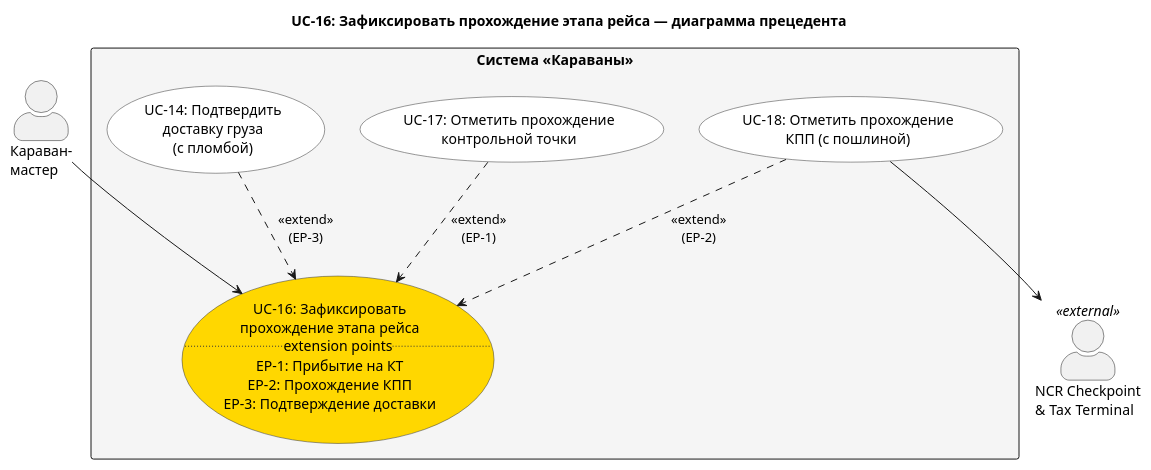
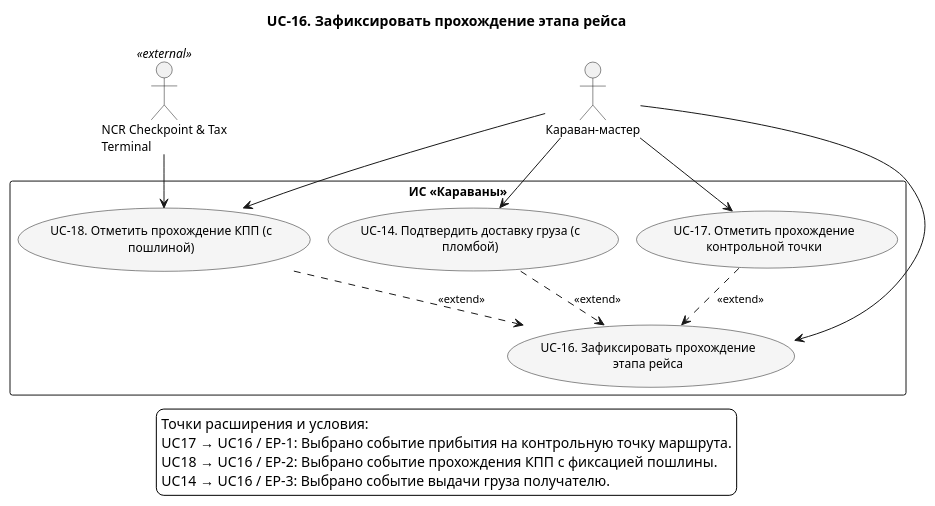
Before and after one commit to granikartem/MPI: the diagram in docs/diagrams/usecases/UC_16_Detail.puml, drawn with PlantUML. The commit also changed 319 other files, not shown here.

Commit message:
Добавлены диаграммы

```diff
--- a/docs/diagrams/usecases/UC_16_Detail.puml
+++ b/docs/diagrams/usecases/UC_16_Detail.puml
@@ -1,26 +1,45 @@
 @startuml UC_16_Detail
-skinparam actorStyle awesome
-skinparam usecaseBackgroundColor #White
-skinparam usecaseBorderColor #333333
-skinparam rectangleBackgroundColor #F5F5F5
+!pragma layout smetana
+skinparam shadowing false
+skinparam defaultFontName Arial
+skinparam defaultFontSize 12
+skinparam backgroundColor white
+skinparam nodesep 75
+skinparam ranksep 100
+skinparam ArrowFontSize 11
+skinparam usecaseBackgroundColor #F5F5F5
+skinparam activityBackgroundColor #F5F5F5
+top to bottom direction
+title UC-16. Зафиксировать прохождение этапа рейса
 
-title UC-16: Зафиксировать прохождение этапа рейса — диаграмма прецедента
-
-actor "Караван-\nмастер" as CM
-actor "NCR Checkpoint\n& Tax Terminal" as NCR <<external>>
-
-rectangle "Система «Караваны»" {
-  usecase "UC-16: Зафиксировать\nпрохождение этапа рейса\n.. extension points ..\nEP-1: Прибытие на КТ\nEP-2: Прохождение КПП\nEP-3: Подтверждение доставки" as UC16 #Gold
-  usecase "UC-17: Отметить прохождение\nконтрольной точки" as UC17
-  usecase "UC-18: Отметить прохождение\nКПП (с пошлиной)" as UC18
-  usecase "UC-14: Подтвердить\nдоставку груза\n(с пломбой)" as UC14
+actor "Караван-мастер" as CaravanMaster
+actor "NCR Checkpoint & Tax\nTerminal" as NCR <<external>>
+rectangle "ИС «Караваны»" as SystemBoundary {
+  usecase "UC-14. Подтвердить доставку груза (с\nпломбой)" as UC14
+  usecase "UC-16. Зафиксировать прохождение\nэтапа рейса" as UC16
+  usecase "UC-17. Отметить прохождение\nконтрольной точки" as UC17
+  usecase "UC-18. Отметить прохождение КПП (с\nпошлиной)" as UC18
 }
-
-CM --> UC16
-UC18 --> NCR
-
-UC17 ..> UC16 : <<extend>>\n(EP-1)
-UC18 ..> UC16 : <<extend>>\n(EP-2)
-UC14 ..> UC16 : <<extend>>\n(EP-3)
-
+' edge:R066
+UC17 ..> UC16 : <<extend>>
+' edge:R067
+UC18 ..> UC16 : <<extend>>
+' edge:R068
+UC14 ..> UC16 : <<extend>>
+' edge:R024
+CaravanMaster --> UC14
+' edge:R026
+CaravanMaster --> UC16
+' edge:R027
+CaravanMaster --> UC17
+' edge:R028
+CaravanMaster --> UC18
+' edge:R052
+NCR --> UC18
+legend bottom
+  Точки расширения и условия:
+  UC17 → UC16 / EP-1: Выбрано событие прибытия на контрольную точку маршрута.
+  UC18 → UC16 / EP-2: Выбрано событие прохождения КПП с фиксацией пошлины.
+  UC14 → UC16 / EP-3: Выбрано событие выдачи груза получателю.
+endlegend
 @enduml
```
